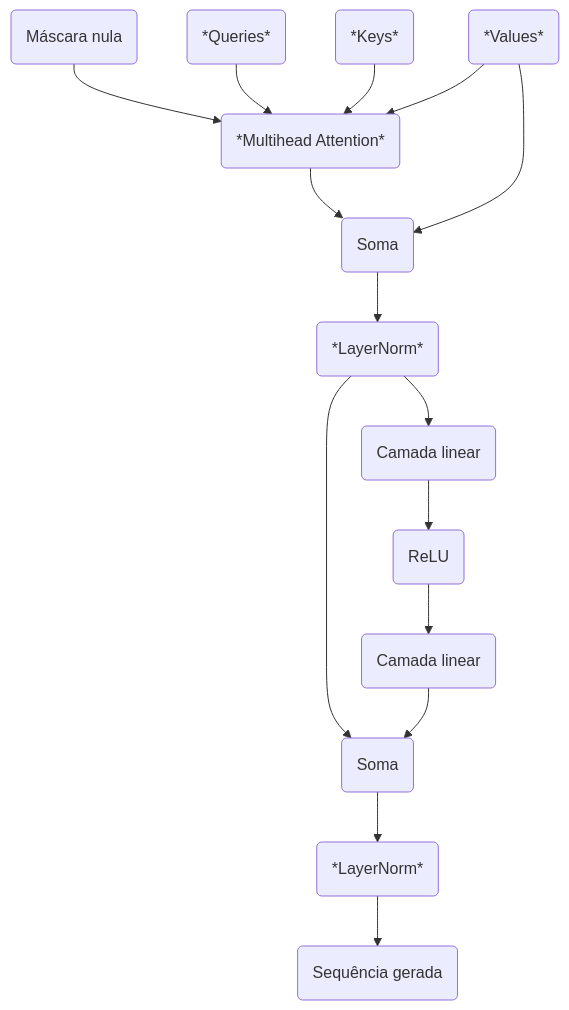
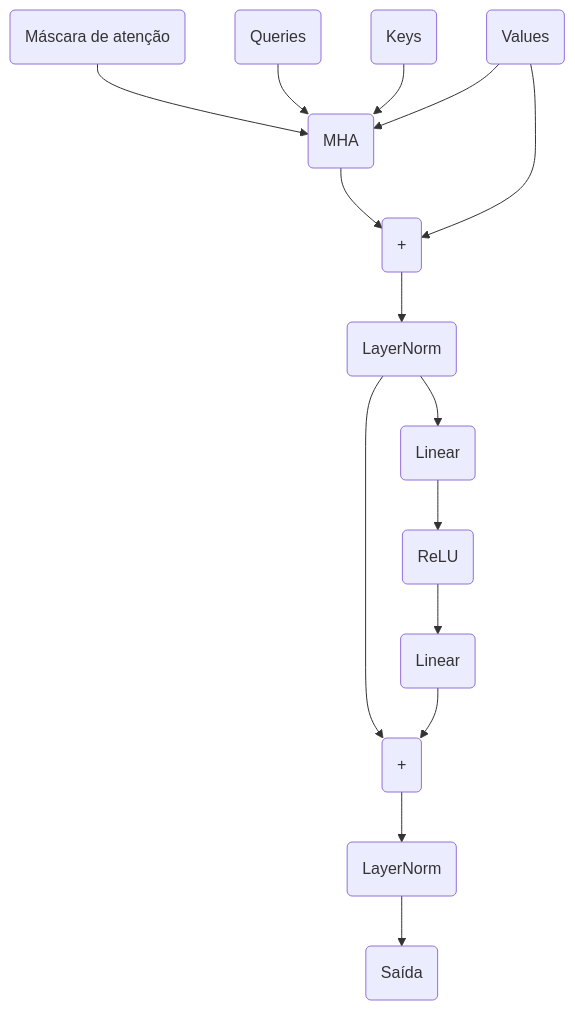
The third of 7 diagrams in src/content/posts/transformers.md (eshiraishi/eshiraishi.github.io), drawn with Mermaid before and after one commit. The commit also changed other lines of this file, not shown here.

````diff
--- a/src/content/posts/transformers.md
+++ b/src/content/posts/transformers.md
@@ -792,30 +1133,30 @@
 ```mermaid
 flowchart
-    Key(*Keys*)
-    Mask(Máscara nula)    
-    Query(*Queries*)
-    Value(*Values*)
-    Sum1(Soma)
-    Sum2(Soma)
-    MHA(*Multihead Attention*)
-    LayerNorm1(*LayerNorm*)
-    LayerNorm2(*LayerNorm*)
-    Linear1(Camada linear)
-    Linear2(Camada linear)
+    Key(Keys)
+    Mask(Máscara de atenção)    
+    Query(Queries)
+    Value(Values)
+    Sum1("`\+`")
+    Sum2("`\+`")
+    MHA(MHA)
+    LayerNorm1(LayerNorm)
+    LayerNorm2(LayerNorm)
+    Linear1(Linear)
+    Linear2(Linear)
     ReLU(ReLU)
-    output(Sequência gerada)
+    output(Saída)
     Mask --> MHA
     Query --> MHA
     Key --> MHA
     Value --> MHA
     MHA --> Sum1
     Sum1 --> LayerNorm1
     LayerNorm1 --> Linear1
     Linear1 --> ReLU
     ReLU --> Linear2
     LayerNorm1 --> Sum2
     Linear2 --> Sum2
     Sum2 --> LayerNorm2
     LayerNorm2 --> output
     Value --> Sum1
 ```
````
